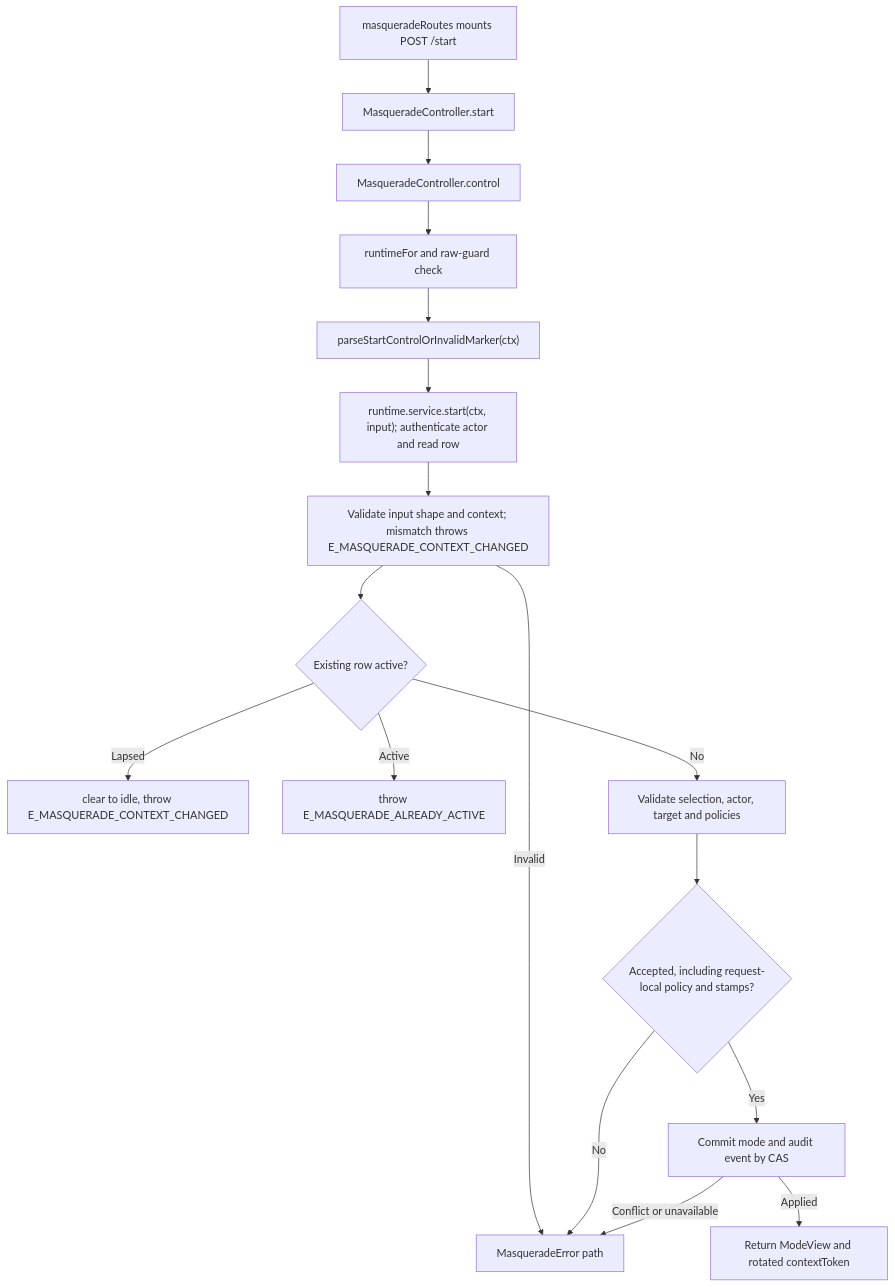
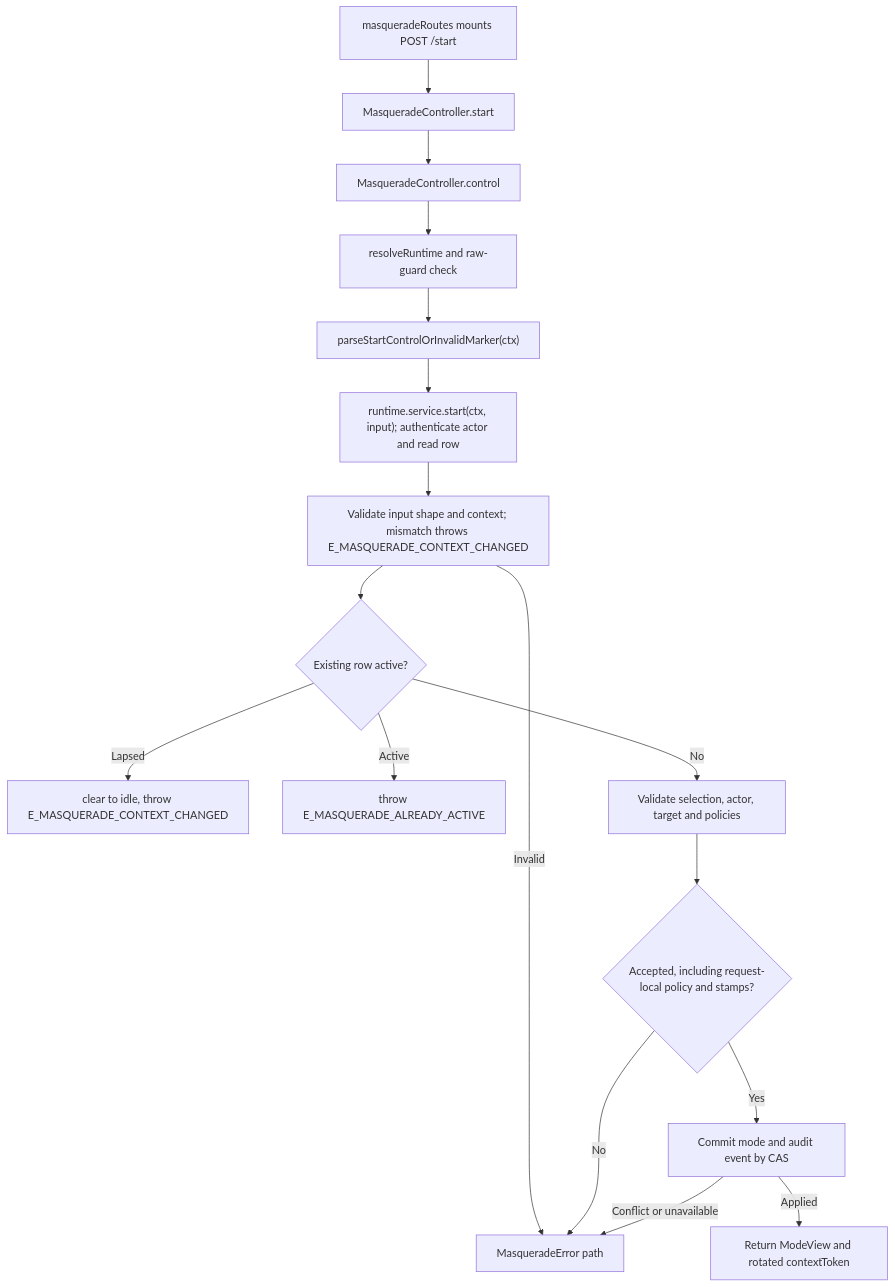
Before and after one commit to Kevinjohn/oss-adonisjs-masquerade: the second of 2 diagrams in user-stories/start-stop-mode/us-actor-01-start-stop-mode.md, drawn with Mermaid. The commit also changed 61 other files, not shown here.

````diff
--- a/user-stories/start-stop-mode/us-actor-01-start-stop-mode.md
+++ b/user-stories/start-stop-mode/us-actor-01-start-stop-mode.md
@@ -56,19 +56,19 @@
 ```mermaid
 flowchart TD
     A["masqueradeRoutes mounts POST /start"] --> B["MasqueradeController.start"]
     B --> C["MasqueradeController.control"]
-    C --> D["runtimeFor and raw-guard check"]
+    C --> D["resolveRuntime and raw-guard check"]
     D --> E["parseStartControlOrInvalidMarker(ctx)"]
     E --> F["runtime.service.start(ctx, input); authenticate actor and read row"]
     F --> G["Validate input shape and context; mismatch throws E_MASQUERADE_CONTEXT_CHANGED"]
     G -->|Invalid| I
     G --> L{"Existing row active?"}
     L -->|Lapsed| M["clear to idle, throw E_MASQUERADE_CONTEXT_CHANGED"]
     L -->|Active| N["throw E_MASQUERADE_ALREADY_ACTIVE"]
     L -->|No| P["Validate selection, actor, target and policies"]
     P --> H{"Accepted, including request-local policy and stamps?"}
     H -->|No| I["MasqueradeError path"]
     H -->|Yes| K["Commit mode and audit event by CAS"]
     K -->|Applied| J["Return ModeView and rotated contextToken"]
     K -->|Conflict or unavailable| I
 ```
````
